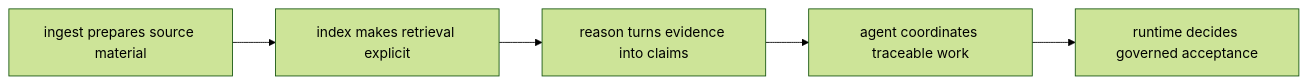
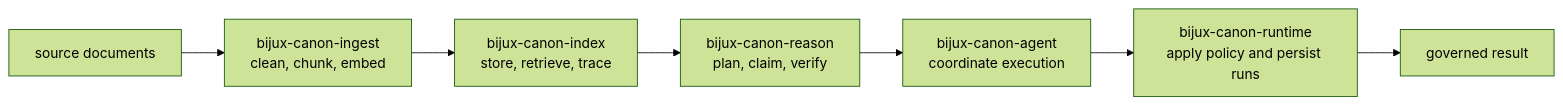
One commit to bijux/bijux-canon changed the first of 2 diagrams in docs/01-bijux-canon/foundation/platform-overview.md. Above: the diagram before and after it, drawn with Mermaid (forest theme). The commit also changed other lines of this file and 2 other files, not shown here.

````diff
--- a/docs/01-bijux-canon/foundation/platform-overview.md
+++ b/docs/01-bijux-canon/foundation/platform-overview.md
@@ -18,10 +22,12 @@
 ```mermaid
 flowchart LR
-    ingest["ingest prepares source material"]
-    index["index makes retrieval explicit"]
-    reason["reason turns evidence into claims"]
-    agent["agent coordinates traceable work"]
-    runtime["runtime decides governed acceptance"]
+    source["source documents"]
+    ingest["bijux-canon-ingest<br/>clean, chunk, embed"]
+    index["bijux-canon-index<br/>store, retrieve, trace"]
+    reason["bijux-canon-reason<br/>plan, claim, verify"]
+    agent["bijux-canon-agent<br/>coordinate execution"]
+    runtime["bijux-canon-runtime<br/>apply policy and persist runs"]
+    result["governed result"]
 
-    ingest --> index --> reason --> agent --> runtime
+    source --> ingest --> index --> reason --> agent --> runtime --> result
 ```
````
